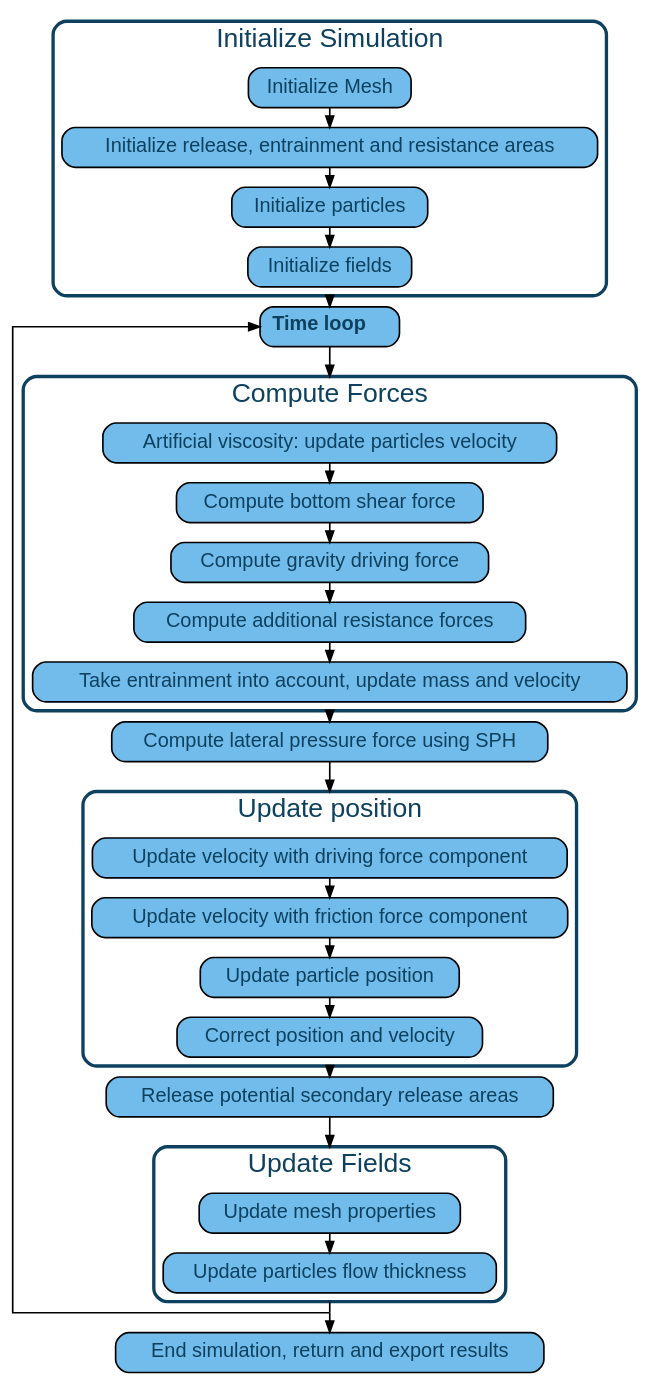
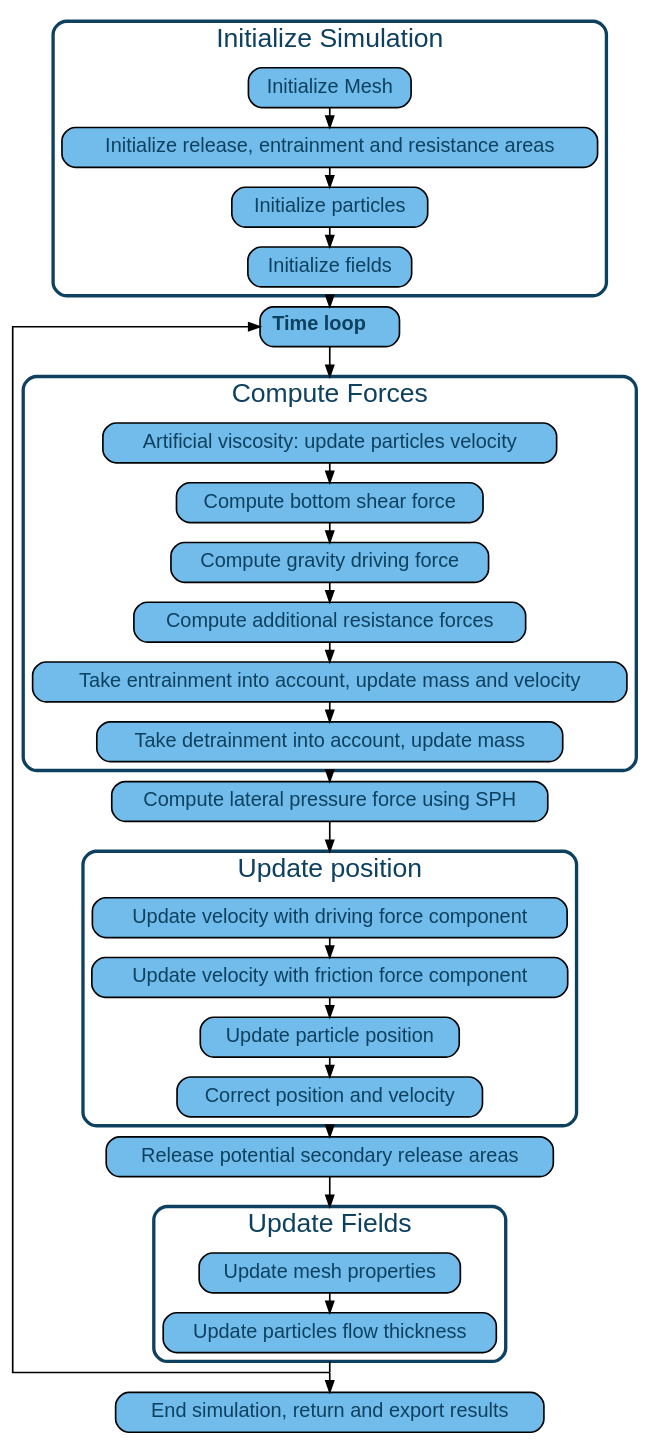
The diagram in docs/com1DFAAlgorithmGraph.dot (avaframe/AvaFrame), drawn with Graphviz before and after one commit. The commit also changed 4 other files, not shown here.

```diff
--- a/docs/com1DFAAlgorithmGraph.dot
+++ b/docs/com1DFAAlgorithmGraph.dot
@@ -1,142 +1,146 @@
 
 digraph "com1DFA algorithm graph" {
   /* compound=true; */
   newrank=true;
   size="100,100";
   rankdir="TB";
   graph [compound=true, ranksep=0.25, splines=ortho, fontname="helvetica", fontsize="24" fontcolor="#0E4160"];
   /* subgraph [compound=true, ranksep=0.5, splines=ortho, fontname="helvetica", fontsize="32" fontcolor="#0E4160"]; */
   node [shape=box style="rounded,filled" fontsize=18 fontcolor="#0E4160" fontname="helvetica" fillcolor="#51ADE5cf" penwidth=1.5];
   edge [fontname="helvetica", fontsize="14" penwidth=1.5];
 
   prepareMesh [label="Initialize Mesh", href="../com1DFAAlgorithm.html#initialize-mesh" tooltip="Go to: initialize mesh" target="_top"];
 
   prepareAreas [label= "Initialize release, entrainment and resistance areas",
   href="../com1DFAAlgorithm.html#initialize-release-entrainment-and-resistance-areas" tooltip="Go to: release... initialization" target="_top"];
 
   initializeParticles [label="Initialize particles", href="../com1DFAAlgorithm.html#initialize-particles" tooltip="Go to: particle initialization" target="_top"];
 
   initializeFields [label="Initialize fields", href="../com1DFAAlgorithm.html#initialize-fields" tooltip="Go to: Initialize fields" target="_top"];
 
   timeLoop [label=<
     <table border="0" cellborder="0" cellspacing="1">
      <tr><td align="left"><b>Time loop </b></td></tr>
     </table>>, href="../com1DFAAlgorithm.html#time-scheme-and-iterations" tooltip="Go to: Time scheme" target="_top"];
 
   endTimeLoop [width=0 shape=point label=""];
   intermediate0 [width=0 shape=point label=""];
   intermediate1 [width=0 shape=point label=""];
   intermediate2 [width=0 shape=point label=""];
 
 
   artifViscosity [label="Artificial viscosity: update particles velocity",
   href="../com1DFAAlgorithm.html#artificial-viscosity" tooltip="Go to: Artificial viscosity" target="_top"];
 
   computeFrictForce [label="Compute bottom shear force",
   href="../com1DFAAlgorithm.html#bottom-shear-force" tooltip="Go to: Bottom shear force" target="_top"];
 
   computeGravityForce [label="Compute gravity driving force",
   href="../com1DFAAlgorithm.html#compute-driving-force" tooltip="Go to: Gravity force" target="_top"];
 
   computeResForce [label="Compute additional resistance forces",
   href="../com1DFAAlgorithm.html#added-resistance-force" tooltip="Go to: Additional resistance" target="_top"];
 
   updateMassEntr [label="Take entrainment into account, update mass and velocity",
   href="../com1DFAAlgorithm.html#take-entrainment-into-account" tooltip="Go to: Add entrained mass" target="_top"];
 
+  updateMassDetr [label="Take detrainment into account, update mass",
+  href="../com1DFAAlgorithm.html#take-detrainment-into-account" tooltip="Go to: Add detrained mass" target="_top"];
+
   computeSPHForce [label="Compute lateral pressure force using SPH",
   href="../com1DFAAlgorithm.html#compute-lateral-pressure-forces" title="Go to: Add lateral pressure force" target="_top"];
 
   updateVelocityDrive [label="Update velocity with driving force component",
   href="../com1DFAAlgorithm.html#update-position" tooltip="Go to: Update Position" target="_top"];
 
   updateVelocityFrict [label="Update velocity with friction force component",
   href="../com1DFAAlgorithm.html#update-position" tooltip="Go to: Update Position" target="_top"];
 
   updatePartPos [label="Update particle position",
   href="../com1DFAAlgorithm.html#update-position" tooltip="Go to: Update Position" target="_top"];
 
   correctPartPos [label="Correct position and velocity",
   href="../com1DFAAlgorithm.html#correction-step" tooltip="Go to: Update Position" target="_top"];
 
   addSecRelease [label="Release potential secondary release areas",
   href="../com1DFAAlgorithm.html#add-secondary-release-area" tooltip="Go to: Secondary release" target="_top"];
 
   updateFields [label="Update mesh properties",
   href="../com1DFAAlgorithm.html#update-fields" tooltip="Go to: Update fields" target="_top"];
 
   updateParticlesFlowThickness [label="Update particles flow thickness",
   href="../com1DFAAlgorithm.html#update-fields" tooltip="Go to: Update fields" target="_top"];
 
   endSimulation [label="End simulation, return and export results",
   href="../com1DFAAlgorithm.html#simulation-outputs" tooltip="Go to: Simulation outputs" target="_top"];
 
 
   initializeFields -> timeLoop [weight=10,ltail=cluster_initialization];
   timeLoop -> intermediate0 [weight=10, arrowhead=none];
   intermediate0 -> artifViscosity [weight=10,lhead=cluster_Forces];
-  updateMassEntr -> computeSPHForce [weight=10, ltail=cluster_Forces];
+  updateMassDetr -> computeSPHForce [weight=10, ltail=cluster_Forces];
   computeSPHForce -> intermediate1 [weight=10, arrowhead=none];
   intermediate1 -> updateVelocityDrive [weight=10,lhead=cluster_2];
   correctPartPos -> addSecRelease [weight=10,ltail=cluster_2];
   addSecRelease -> intermediate2 [weight=10, arrowhead=none];
   intermediate2 -> updateFields [weight=10,lhead=cluster_3];
   updateParticlesFlowThickness -> endTimeLoop [weight=10,ltail=cluster_3, arrowhead=none];
   endTimeLoop -> endSimulation [weight=10];
   endTimeLoop -> timeLoop [weight=1, constraint=false];
 
 
   /* prepareMesh -> timeLoop [weight=10,ltail=cluster_initialization];
   timeLoop -> artifViscosity [weight=10,lhead=cluster_Forces];
   artifViscosity -> computeSPHForce [weight=10, ltail=cluster_Forces];
   computeSPHForce -> updateVelocityDrive [weight=10,lhead=cluster_2];
   updateVelocityDrive -> addSecRelease [weight=10,ltail=cluster_2];
   addSecRelease -> updateFields [weight=10,lhead=cluster_3];
   updateFields -> endTimeLoop [weight=10,ltail=cluster_3, arrowhead=none];
   endTimeLoop -> endSimulation [weight=10];
   endTimeLoop -> timeLoop [weight=1, constraint=false]; */
 
   subgraph cluster_initialization {
     /* rank=same; */
     style="rounded";
     color="#0E4160";
     penwidth=3;
     prepareMesh -> prepareAreas[weight=10];
     prepareAreas -> initializeParticles[weight=10];
     initializeParticles -> initializeFields[weight=10];
     label = "Initialize Simulation";
   }
 
   subgraph cluster_Forces {
     /* rank=same; */
     style="rounded";
     color="#0E4160";
     penwidth=3;
     artifViscosity -> computeFrictForce[weight=10];
     computeFrictForce -> computeGravityForce[weight=10];
     computeGravityForce -> computeResForce[weight=10];
     computeResForce -> updateMassEntr[weight=10];
+    updateMassEntr -> updateMassDetr[weight=10];
     label = "Compute Forces";
   }
 
   subgraph cluster_2 {
     /* rank=same; */
     updateVelocityDrive -> updateVelocityFrict [weight=10];
     updateVelocityFrict -> updatePartPos [weight=10];
     updatePartPos -> correctPartPos [weight=10];
     href="../com1DFAAlgorithm.html#update-position" tooltip="Go to: Update Position" target="_top"
     label = "Update position";
     style="rounded";
     color="#0E4160";
     penwidth=3;
   }
   subgraph cluster_3 {
     /* rank=same; */
     updateFields -> updateParticlesFlowThickness [weight=10];
     label = "Update Fields";
     style="rounded";
     color="#0E4160";
     penwidth=3;
   }
 
    }
```
